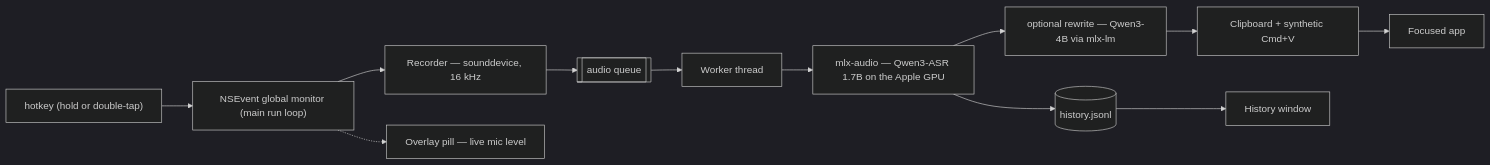
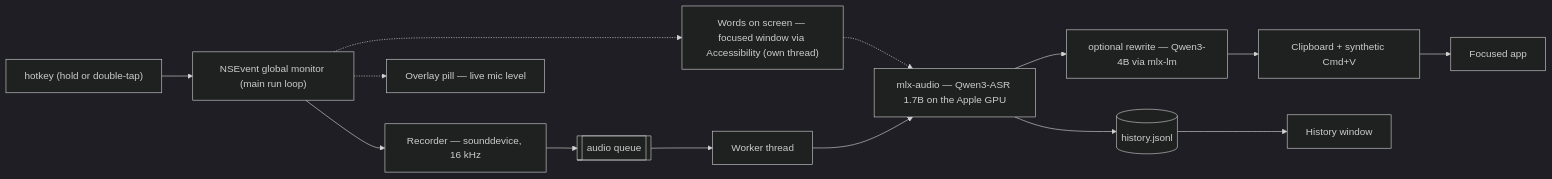
One commit to utsavanand/kaho changed the diagram in README.md. Above: the diagram before and after it, drawn with Mermaid (dark theme). The commit also changed other lines of this file and 6 other files, not shown here.

````diff
--- a/README.md
+++ b/README.md
@@ -221,14 +229,16 @@
 ```mermaid
 flowchart LR
     K["hotkey (hold or double-tap)"] --> M["NSEvent global monitor (main run loop)"]
     M --> R["Recorder — sounddevice, 16 kHz"]
     M -.-> O["Overlay pill — live mic level"]
+    M -.-> S["Words on screen — focused window via Accessibility (own thread)"]
+    S -.-> T
     R --> Q[["audio queue"]]
     Q --> W["Worker thread"]
     W --> T["mlx-audio — Qwen3-ASR 1.7B on the Apple GPU"]
     T --> RW["optional rewrite — Qwen3-4B via mlx-lm"]
     RW --> P["Clipboard + synthetic Cmd+V"]
     P --> A["Focused app"]
     T --> H[("history.jsonl")]
     H --> V["History window"]
 ```
````
